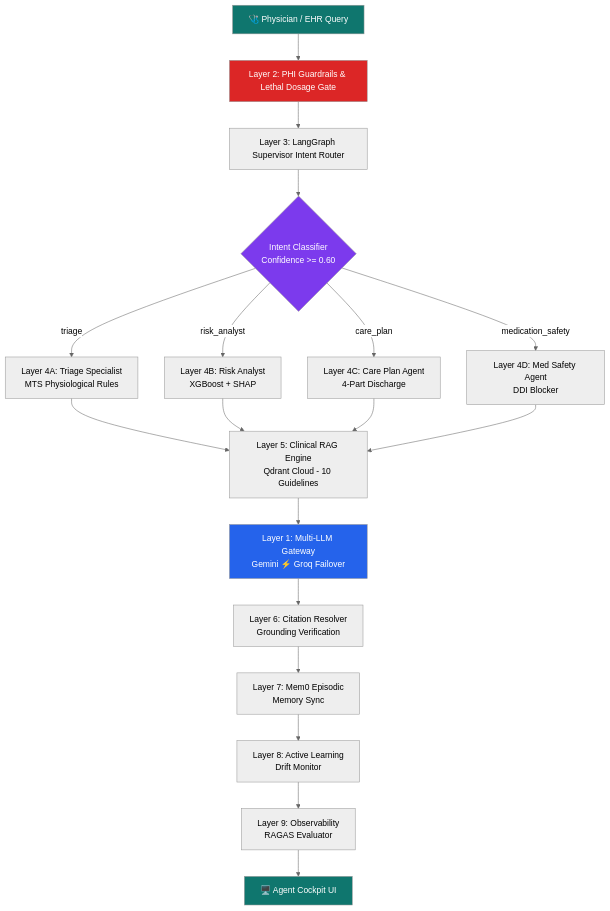
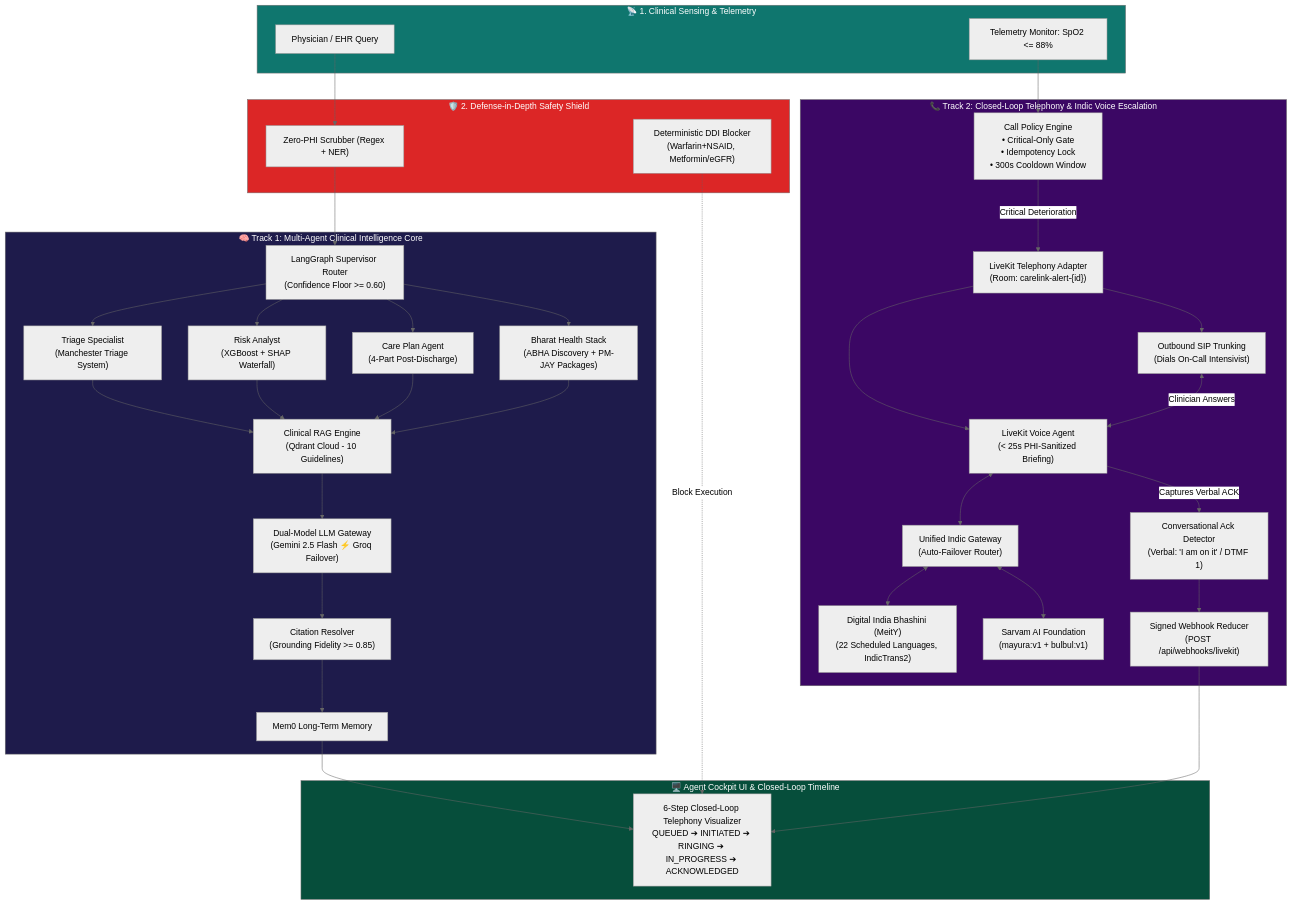
The diagram in README.md (Niss54/Care-link), drawn with Mermaid (neutral theme) before and after one commit. The commit also changed other lines of this file, not shown here.

Commit message:
docs(readme): center Care Link title with space, expand dual-track architecture, LiveKit telephony, and Digital India Bhashini dual-engine

````diff
--- a/README.md
+++ b/README.md
@@ -159,25 +155,61 @@
 ```mermaid
 flowchart TD
-    A["🩺 Physician / EHR Query"] --> B["Layer 2: PHI Guardrails & Lethal Dosage Gate"]
-    B --> C["Layer 3: LangGraph Supervisor Intent Router"]
-    C --> D{"Intent Classifier<br/>Confidence >= 0.60"}
-    
-    D -->|"triage"| E1["Layer 4A: Triage Specialist<br/>MTS Physiological Rules"]
-    D -->|"risk_analyst"| E2["Layer 4B: Risk Analyst<br/>XGBoost + SHAP"]
-    D -->|"care_plan"| E3["Layer 4C: Care Plan Agent<br/>4-Part Discharge"]
-    D -->|"medication_safety"| E4["Layer 4D: Med Safety Agent<br/>DDI Blocker"]
-    
-    E1 & E2 & E3 & E4 --> F["Layer 5: Clinical RAG Engine<br/>Qdrant Cloud - 10 Guidelines"]
-    F --> G["Layer 1: Multi-LLM Gateway<br/>Gemini ⚡ Groq Failover"]
-    G --> H["Layer 6: Citation Resolver<br/>Grounding Verification"]
-    H --> I["Layer 7: Mem0 Episodic<br/>Memory Sync"]
-    I --> J["Layer 8: Active Learning<br/>Drift Monitor"]
-    J --> K["Layer 9: Observability<br/>RAGAS Evaluator"]
-    K --> L["🖥️ Agent Cockpit UI"]
+    subgraph SENSING["📡 1. Clinical Sensing & Telemetry"]
+        P1["Physician / EHR Query"]
+        P2["Telemetry Monitor: SpO2 <= 88%"]
+    end
 
-    style A fill:#0f766e,color:#fff
-    style B fill:#dc2626,color:#fff
-    style D fill:#7c3aed,color:#fff
-    style G fill:#2563eb,color:#fff
-    style L fill:#0f766e,color:#fff
+    subgraph SAFETY["🛡️ 2. Defense-in-Depth Safety Shield"]
+        G1["Zero-PHI Scrubber (Regex + NER)"]
+        G2["Deterministic DDI Blocker<br/>(Warfarin+NSAID, Metformin/eGFR)"]
+    end
+
+    subgraph TRACK1["🧠 Track 1: Multi-Agent Clinical Intelligence Core"]
+        SUP["LangGraph Supervisor Router<br/>(Confidence Floor >= 0.60)"]
+        A1["Triage Specialist<br/>(Manchester Triage System)"]
+        A2["Risk Analyst<br/>(XGBoost + SHAP Waterfall)"]
+        A3["Care Plan Agent<br/>(4-Part Post-Discharge)"]
+        A4["Bharat Health Stack<br/>(ABHA Discovery + PM-JAY Packages)"]
+        RAG["Clinical RAG Engine<br/>(Qdrant Cloud - 10 Guidelines)"]
+        LLM["Dual-Model LLM Gateway<br/>(Gemini 2.5 Flash ⚡ Groq Failover)"]
+        CIT["Citation Resolver<br/>(Grounding Fidelity >= 0.85)"]
+        MEM["Mem0 Long-Term Memory"]
+    end
+
+    subgraph TRACK2["📞 Track 2: Closed-Loop Telephony & Indic Voice Escalation"]
+        POL["Call Policy Engine<br/>• Critical-Only Gate<br/>• Idempotency Lock<br/>• 300s Cooldown Window"]
+        LK["LiveKit Telephony Adapter<br/>(Room: carelink-alert-{id})"]
+        SIP["Outbound SIP Trunking<br/>(Dials On-Call Intensivist)"]
+        IND["Unified Indic Gateway<br/>(Auto-Failover Router)"]
+        BHA["Digital India Bhashini (MeitY)<br/>(22 Scheduled Languages, IndicTrans2)"]
+        SAR["Sarvam AI Foundation<br/>(mayura:v1 + bulbul:v1)"]
+        VA["LiveKit Voice Agent<br/>(< 25s PHI-Sanitized Briefing)"]
+        ACK["Conversational Ack Detector<br/>(Verbal: 'I am on it' / DTMF 1)"]
+        WH["Signed Webhook Reducer<br/>(POST /api/webhooks/livekit)"]
+    end
+
+    subgraph UI["🖥️ Agent Cockpit UI & Closed-Loop Timeline"]
+        DASH["6-Step Closed-Loop Telephony Visualizer<br/>QUEUED ➔ INITIATED ➔ RINGING ➔ IN_PROGRESS ➔ ACKNOWLEDGED"]
+    end
+
+    P1 --> G1 --> SUP
+    P2 --> POL
+
+    SUP --> A1 & A2 & A3 & A4
+    A1 & A2 & A3 & A4 --> RAG --> LLM --> CIT --> MEM --> DASH
+    G2 -.->|Block Execution| DASH
+
+    POL -->|Critical Deterioration| LK
+    LK --> SIP
+    LK --> VA
+    VA <--> IND
+    IND <--> BHA & SAR
+    SIP <-->|Clinician Answers| VA
+    VA -->|Captures Verbal ACK| ACK --> WH --> DASH
+
+    style SENSING fill:#0f766e,color:#fff
+    style SAFETY fill:#dc2626,color:#fff
+    style TRACK1 fill:#1e1b4b,color:#fff
+    style TRACK2 fill:#3b0764,color:#fff
+    style UI fill:#064e3b,color:#fff
 ```
````
